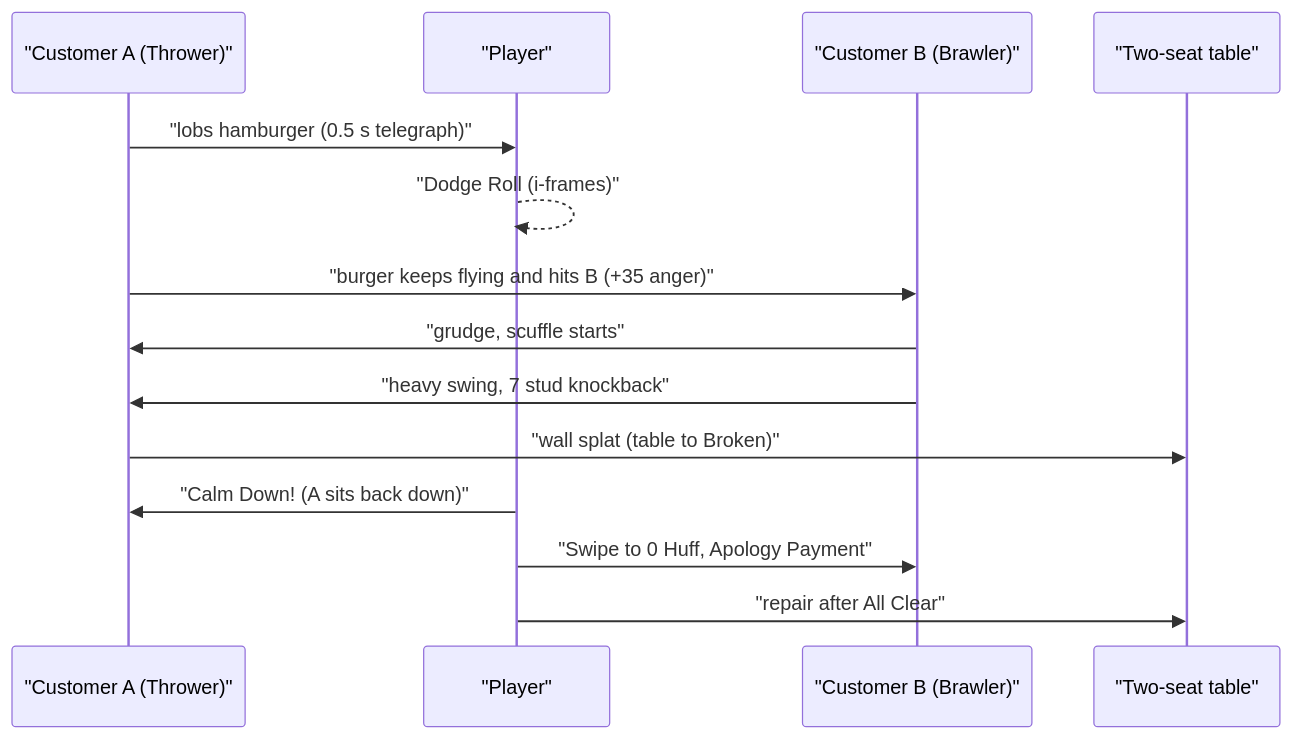
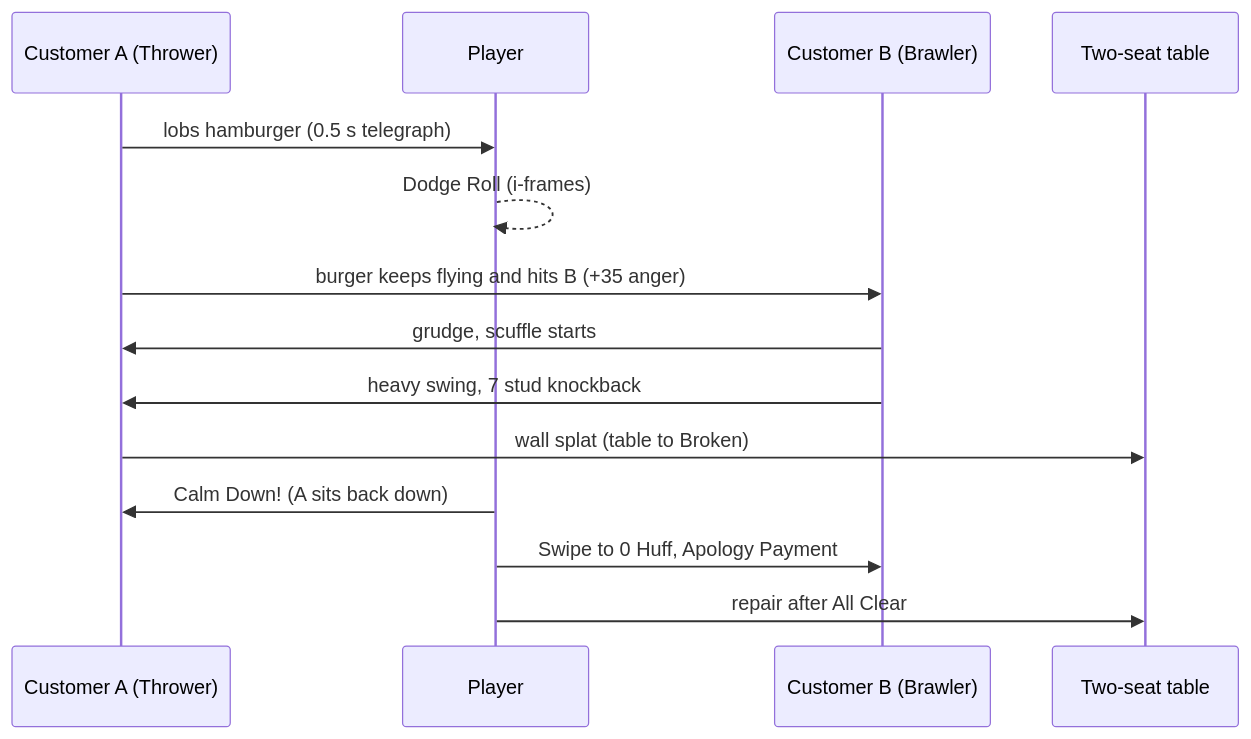
The first of 2 diagrams in gdd/sections/11_combat_system.md (sol-singula/ra1), drawn with Mermaid before and after one commit. The commit also changed other lines of this file and 20 other files, not shown here.

````diff
--- a/gdd/sections/11_combat_system.md
+++ b/gdd/sections/11_combat_system.md
@@ -391,17 +391,17 @@
 ```mermaid
 %% diagram: combat-chain-reaction
 sequenceDiagram
-    participant A as "Customer A (Thrower)"
-    participant P as "Player"
-    participant B as "Customer B (Brawler)"
-    participant T as "Two-seat table"
-    A->>P: "lobs hamburger (0.5 s telegraph)"
-    P-->>P: "Dodge Roll (i-frames)"
-    A->>B: "burger keeps flying and hits B (+35 anger)"
-    B->>A: "grudge, scuffle starts"
-    B->>A: "heavy swing, 7 stud knockback"
-    A->>T: "wall splat (table to Broken)"
-    P->>A: "Calm Down! (A sits back down)"
-    P->>B: "Swipe to 0 Huff, Apology Payment"
-    P->>T: "repair after All Clear"
+    participant A as Customer A (Thrower)
+    participant P as Player
+    participant B as Customer B (Brawler)
+    participant T as Two-seat table
+    A->>P: lobs hamburger (0.5 s telegraph)
+    P-->>P: Dodge Roll (i-frames)
+    A->>B: burger keeps flying and hits B (+35 anger)
+    B->>A: grudge, scuffle starts
+    B->>A: heavy swing, 7 stud knockback
+    A->>T: wall splat (table to Broken)
+    P->>A: Calm Down! (A sits back down)
+    P->>B: Swipe to 0 Huff, Apology Payment
+    P->>T: repair after All Clear
 ```
````
